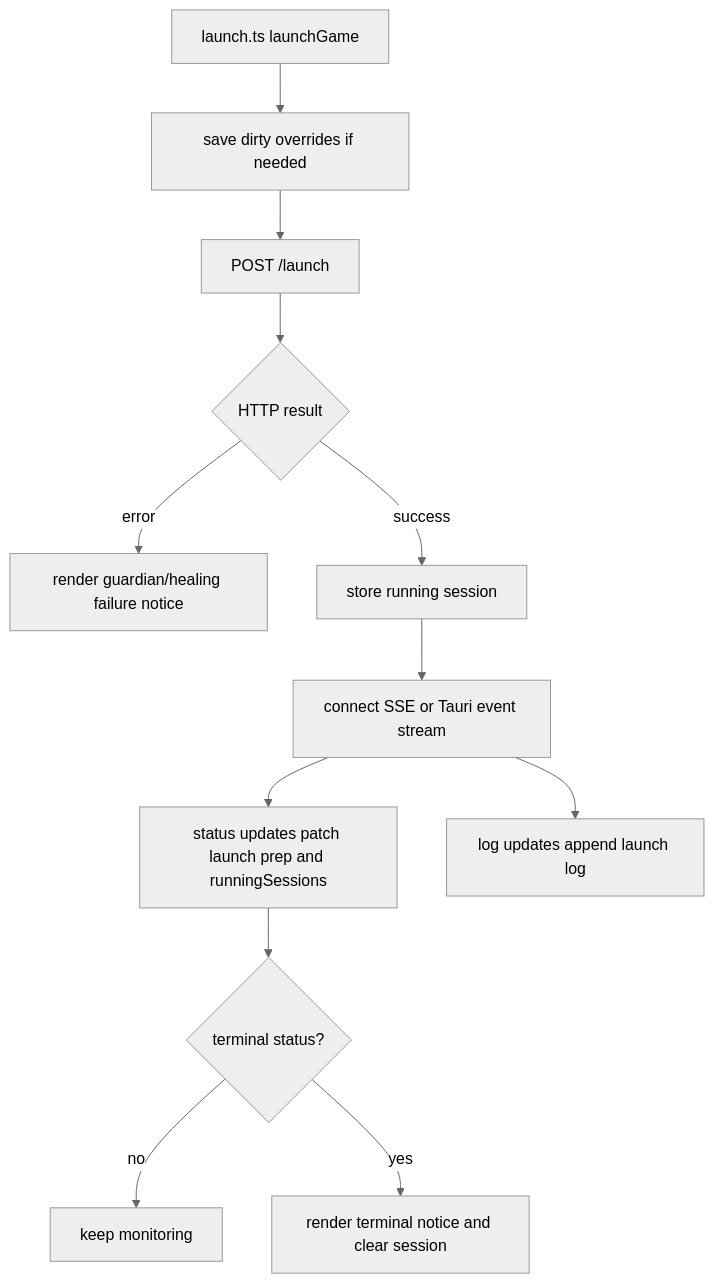
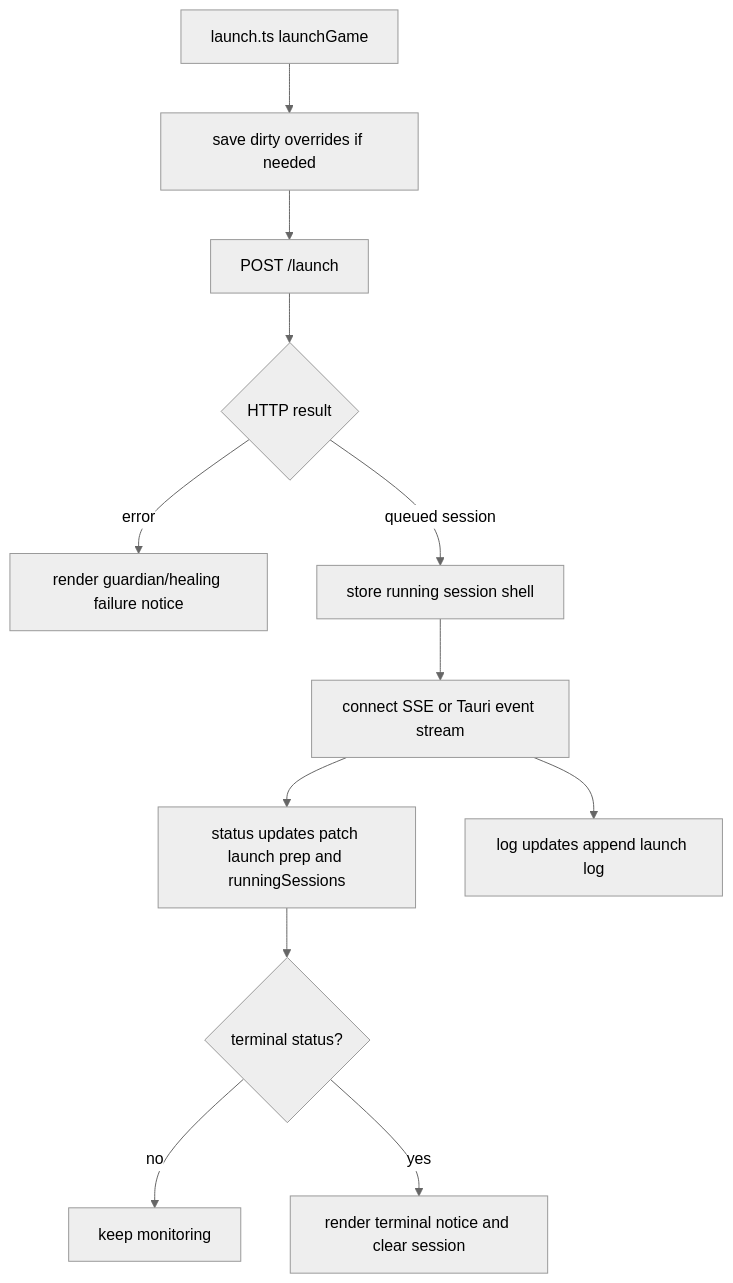
One commit to mateoltd/croopor changed the fifth of 9 diagrams in docs/ARCHITECTURE.md. Above: the diagram before and after it, drawn with Mermaid (neutral theme). The commit also changed other lines of this file and 3 other files, not shown here.

````diff
--- a/docs/ARCHITECTURE.md
+++ b/docs/ARCHITECTURE.md
@@ -170,14 +170,14 @@
 ```mermaid
 flowchart TD
     A[launch.ts launchGame] --> B[save dirty overrides if needed]
     B --> C[POST /launch]
     C --> D{HTTP result}
     D -->|error| E[render guardian/healing failure notice]
-    D -->|success| F[store running session]
+    D -->|queued session| F[store running session shell]
     F --> G[connect SSE or Tauri event stream]
     G --> H[status updates patch launch prep and runningSessions]
     G --> I[log updates append launch log]
     H --> J{terminal status?}
     J -->|no| K[keep monitoring]
     J -->|yes| L[render terminal notice and clear session]
 ```
````
